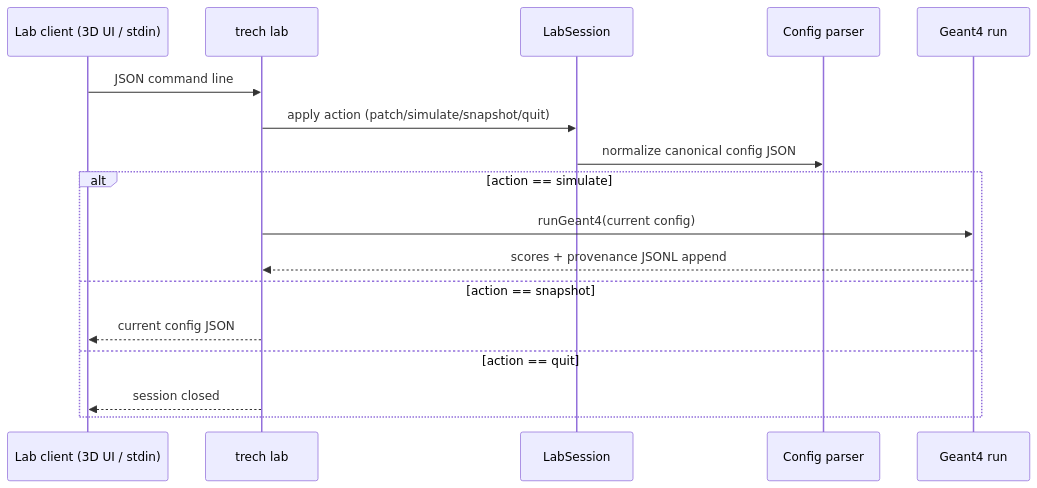
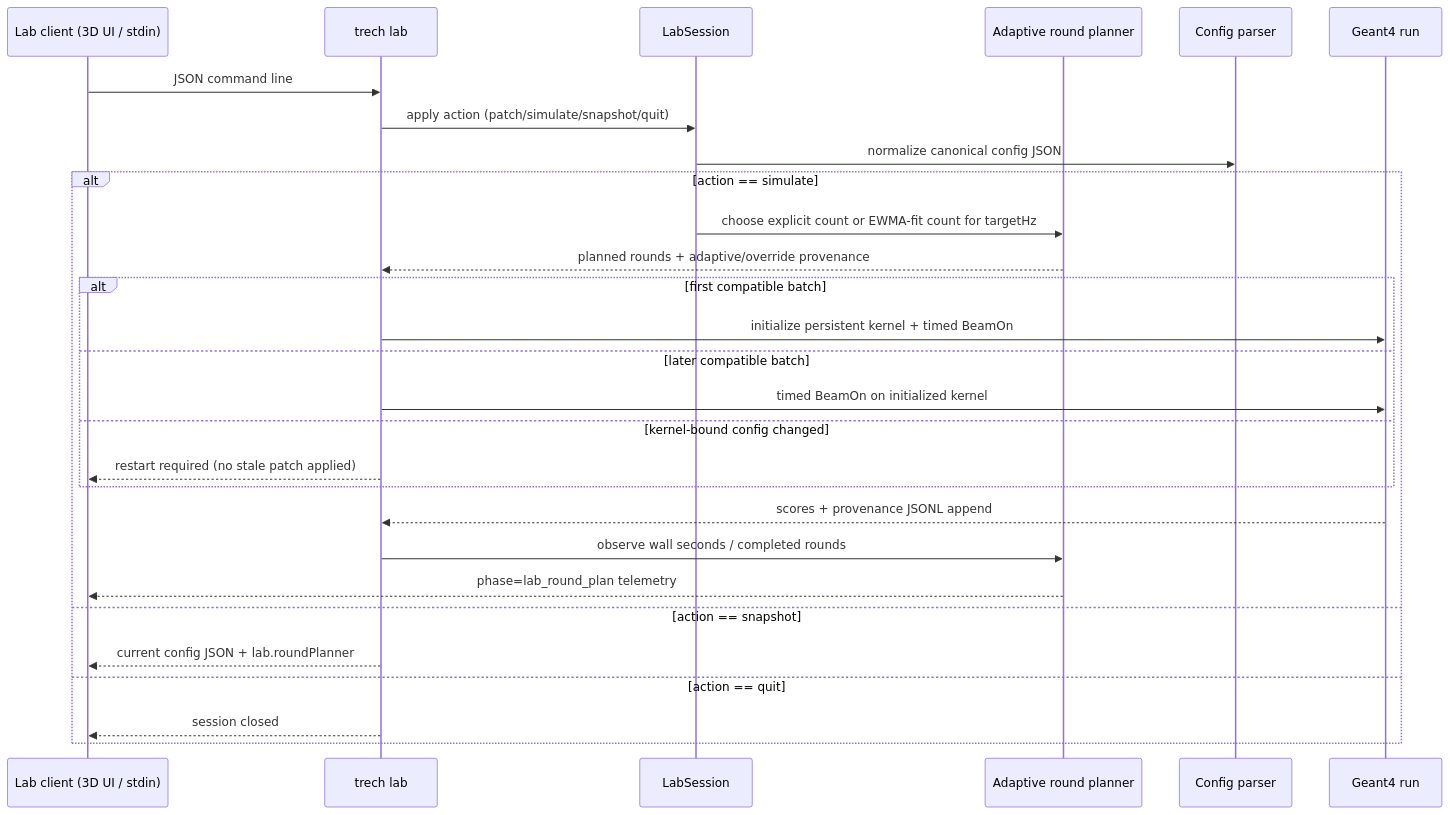
One commit to Geckos-Ink/trech changed diagram 11 of 23 in CHARTS.md. Above: the diagram before and after it, drawn with Mermaid. The commit also changed other lines of this file and 54 other files, not shown here.

````diff
--- a/CHARTS.md
+++ b/CHARTS.md
@@ -223,19 +223,30 @@
 ```mermaid
 sequenceDiagram
   participant USER as Lab client (3D UI / stdin)
   participant CLI as trech lab
   participant LAB as LabSession
+  participant PLAN as Adaptive round planner
   participant CFG as Config parser
   participant G4 as Geant4 run
   USER->>CLI: JSON command line
   CLI->>LAB: apply action (patch/simulate/snapshot/quit)
   LAB->>CFG: normalize canonical config JSON
   alt action == simulate
-    CLI->>G4: runGeant4(current config)
+    LAB->>PLAN: choose explicit count or EWMA-fit count for targetHz
+    PLAN-->>CLI: planned rounds + adaptive/override provenance
+    alt first compatible batch
+      CLI->>G4: initialize persistent kernel + timed BeamOn
+    else later compatible batch
+      CLI->>G4: timed BeamOn on initialized kernel
+    else kernel-bound config changed
+      CLI-->>USER: restart required (no stale patch applied)
+    end
     G4-->>CLI: scores + provenance JSONL append
+    CLI->>PLAN: observe wall seconds / completed rounds
+    PLAN-->>USER: phase=lab_round_plan telemetry
   else action == snapshot
-    CLI-->>USER: current config JSON
+    CLI-->>USER: current config JSON + lab.roundPlanner
   else action == quit
     CLI-->>USER: session closed
   end
 ```
````
